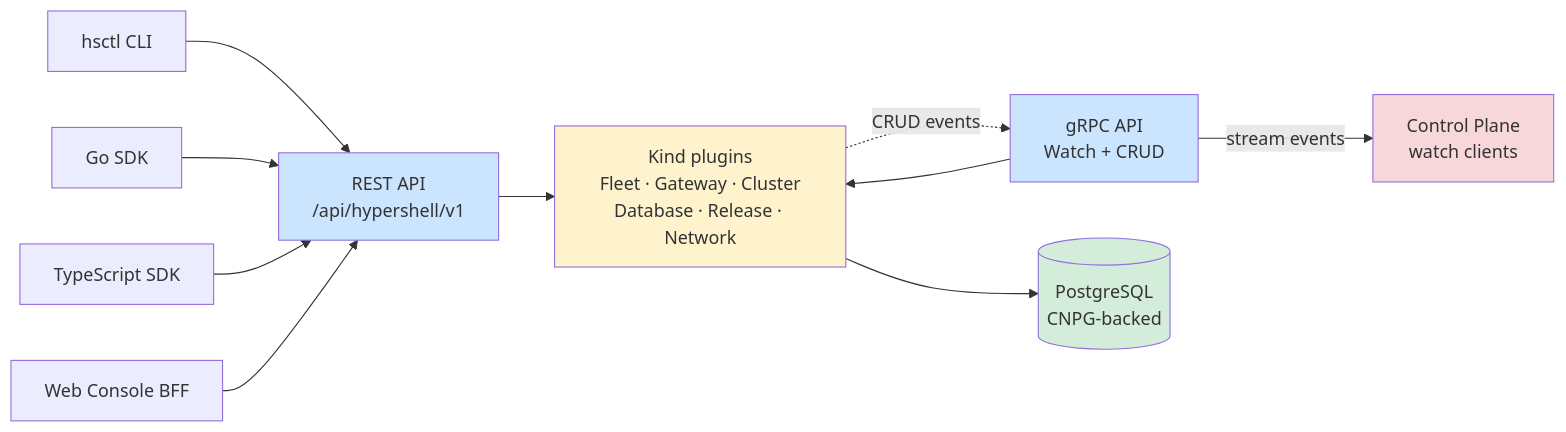
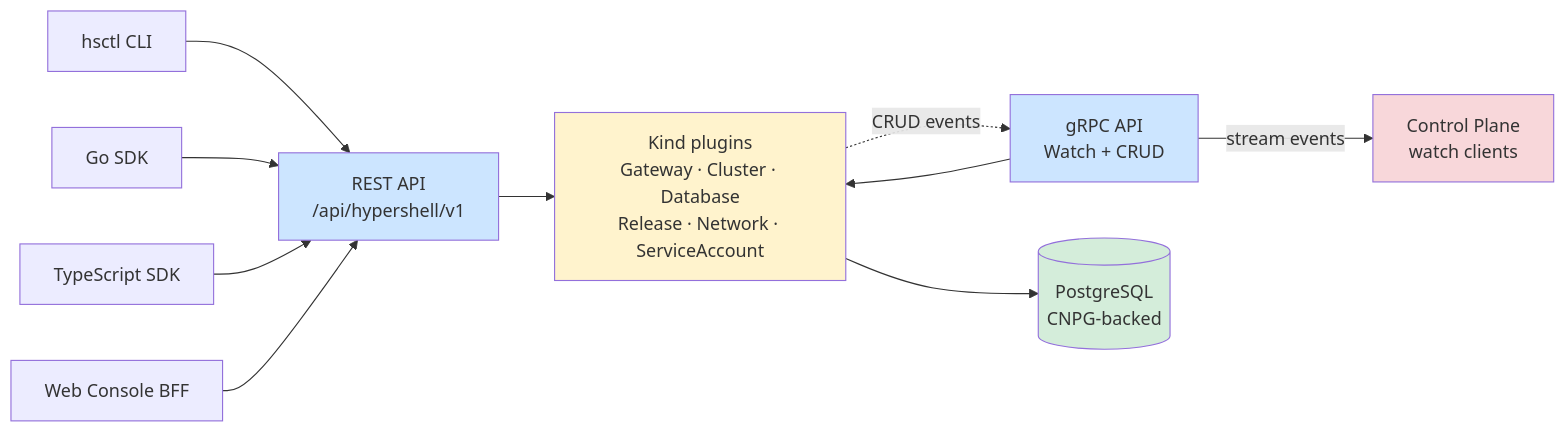
One commit to openshift-online/hypershell changed the diagram in docs/architecture/source/api-server.md. Above: the diagram before and after it, drawn with Mermaid. The commit also changed 3 other files, not shown here.

````diff
--- a/docs/architecture/source/api-server.md
+++ b/docs/architecture/source/api-server.md
@@ -9,26 +9,26 @@
 ```mermaid
 graph LR
   CLI[hsctl CLI]
   GO[Go SDK]
   TS[TypeScript SDK]
   BFF[Web Console BFF]
   HTTP[REST API<br/>/api/hypershell/v1]
   RPC[gRPC API<br/>Watch + CRUD]
-  PLUGINS[Kind plugins<br/>Fleet · Gateway · Cluster<br/>Database · Release · Network]
+  PLUGINS[Kind plugins<br/>Gateway · Cluster · Database<br/>Release · Network · ServiceAccount]
   DB[(PostgreSQL<br/>CNPG-backed)]
   CP[Control Plane<br/>watch clients]
   CLI --> HTTP
   GO --> HTTP
   TS --> HTTP
   BFF --> HTTP
   HTTP --> PLUGINS
   RPC --> PLUGINS
   PLUGINS --> DB
   RPC -->|stream events| CP
   PLUGINS -.->|CRUD events| RPC
   style HTTP fill:#cce5ff
   style RPC fill:#cce5ff
   style PLUGINS fill:#fff3cd
   style DB fill:#d4edda
   style CP fill:#f8d7da
 ```
````
